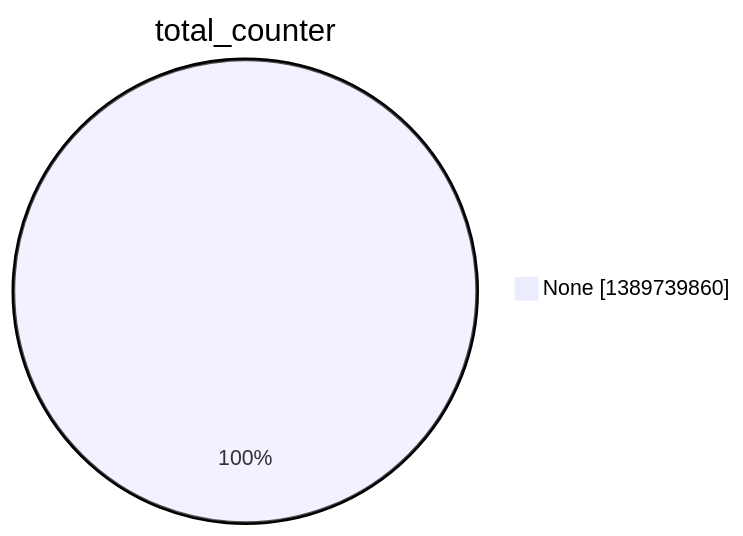
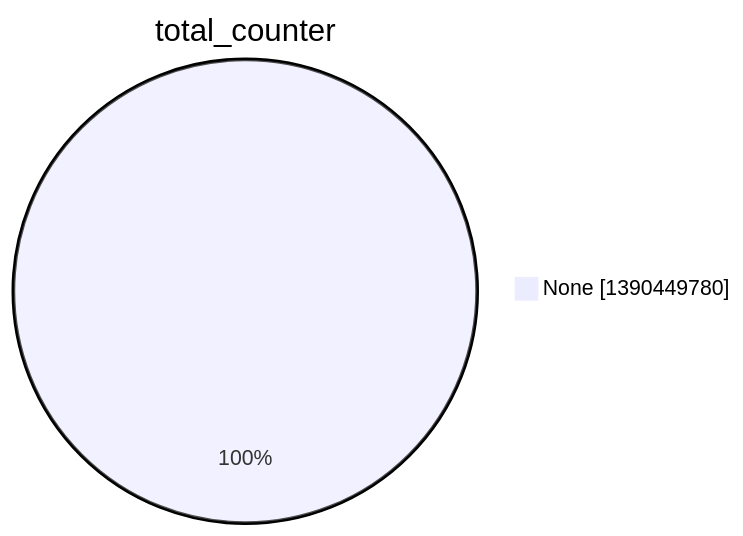
One commit to christiankrug/ctmonitor_visualization changed the second of 15 diagrams in argon2022/README.md. Above: the diagram before and after it, drawn with Mermaid. The commit also changed other lines of this file, not shown here.

````diff
--- a/argon2022/README.md
+++ b/argon2022/README.md
@@ -9,5 +9,5 @@
 ```mermaid
 pie showData
 title total_counter
-"None" :1389739860
+"None" :1390449780
 ```
````
